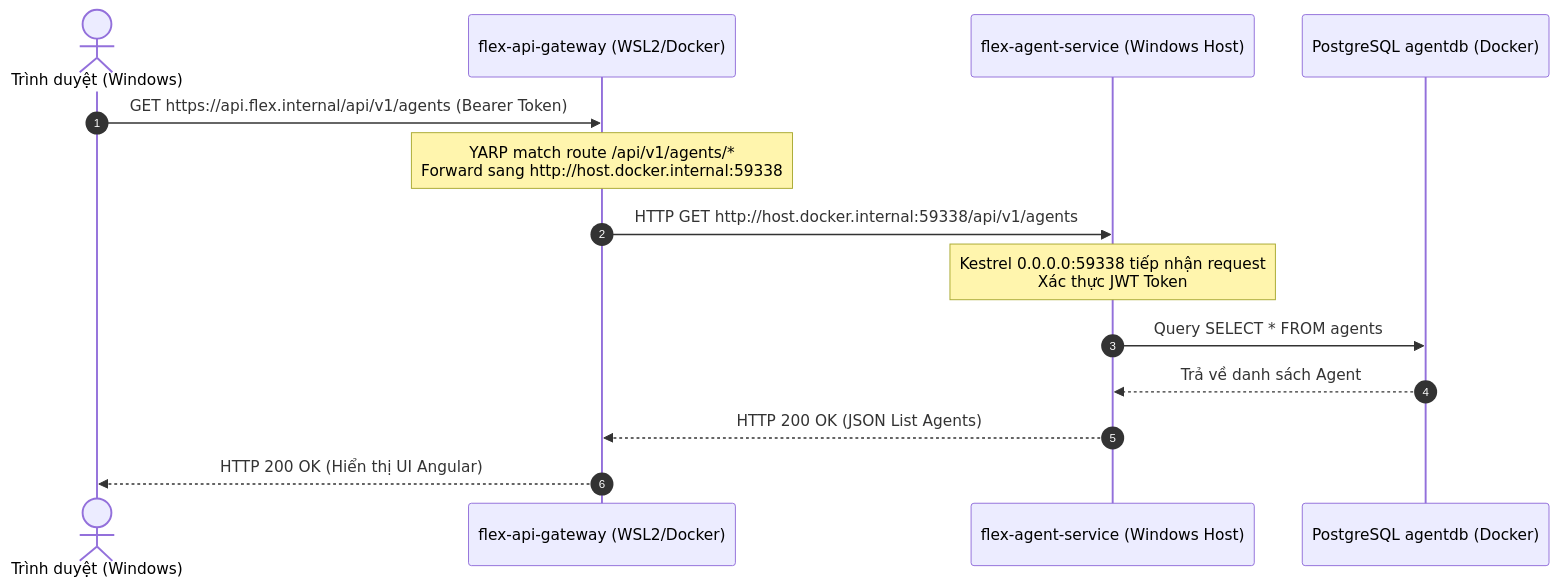
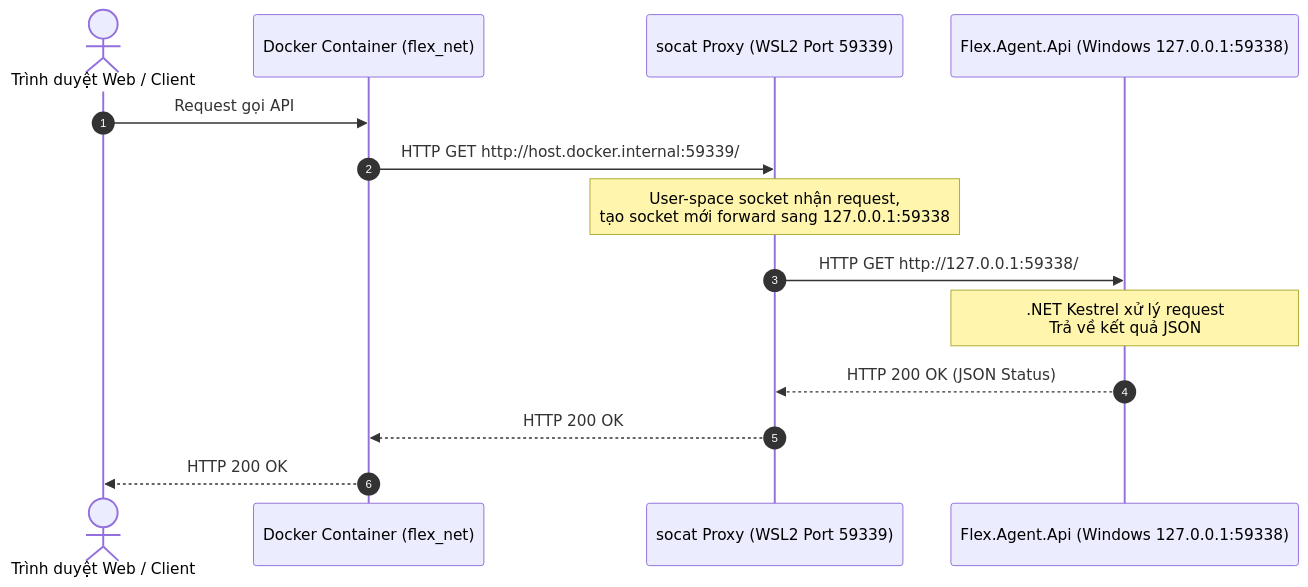
The second of 2 diagrams in docs/architecture/network-topology.md (luyenhaidangit/flex-workstation), drawn with Mermaid before and after one commit. The commit also changed other lines of this file and 2 other files, not shown here.

````diff
--- a/docs/architecture/network-topology.md
+++ b/docs/architecture/network-topology.md
@@ -117,17 +126,17 @@
 ```mermaid
 sequenceDiagram
     autonumber
-    actor User as Trình duyệt (Windows)
-    participant Gateway as flex-api-gateway (WSL2/Docker)
-    participant Agent as flex-agent-service (Windows Host)
-    participant DB as PostgreSQL agentdb (Docker)
+    actor User as Trình duyệt Web / Client
+    participant Container as Docker Container (flex_net)
+    participant Socat as socat Proxy (WSL2 Port 59339)
+    participant Agent as Flex.Agent.Api (Windows 127.0.0.1:59338)
 
-    User->>Gateway: GET https://api.flex.internal/api/v1/agents (Bearer Token)
-    Note over Gateway: YARP match route /api/v1/agents/*<br/>Forward sang http://host.docker.internal:59338
-    Gateway->>Agent: HTTP GET http://host.docker.internal:59338/api/v1/agents
-    Note over Agent: Kestrel 0.0.0.0:59338 tiếp nhận request<br/>Xác thực JWT Token
-    Agent->>DB: Query SELECT * FROM agents
-    DB-->>Agent: Trả về danh sách Agent
-    Agent-->>Gateway: HTTP 200 OK (JSON List Agents)
-    Gateway-->>User: HTTP 200 OK (Hiển thị UI Angular)
+    User->>Container: Request gọi API
+    Container->>Socat: HTTP GET http://host.docker.internal:59339/
+    Note over Socat: User-space socket nhận request,<br/>tạo socket mới forward sang 127.0.0.1:59338
+    Socat->>Agent: HTTP GET http://127.0.0.1:59338/
+    Note over Agent: .NET Kestrel xử lý request<br/>Trả về kết quả JSON
+    Agent-->>Socat: HTTP 200 OK (JSON Status)
+    Socat-->>Container: HTTP 200 OK
+    Container-->>User: HTTP 200 OK
 ```
````
